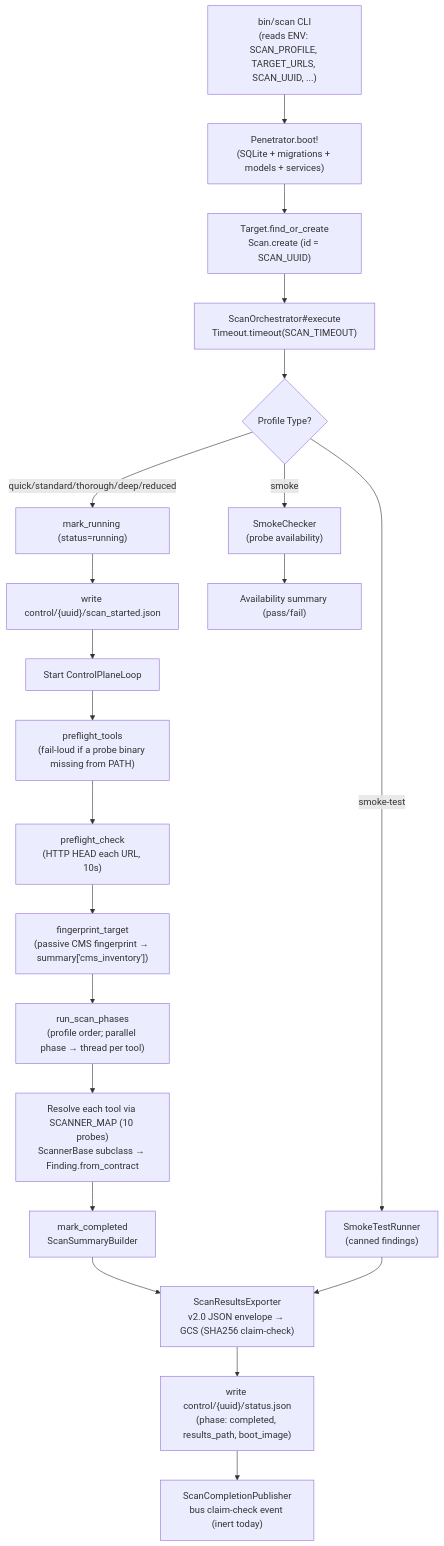
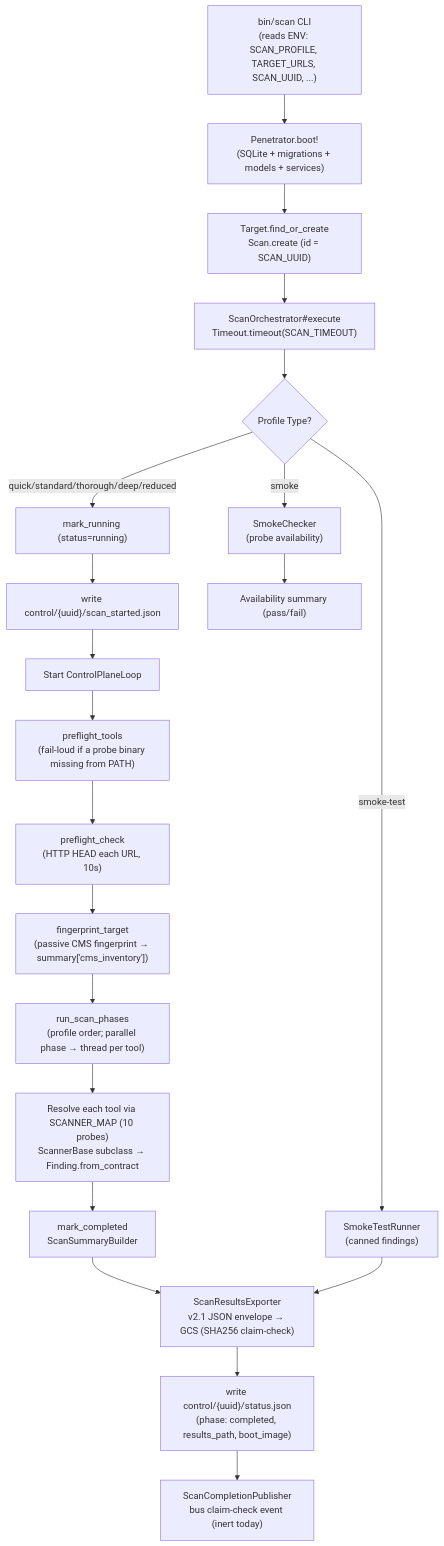
Before and after one commit to Peregrine-Technology-Systems/peregrine-penetrator-scanner: the third of 11 diagrams in docs/ARCHITECTURE.md, drawn with Mermaid. The commit also changed other lines of this file and 10 other files, not shown here.

````diff
--- a/docs/ARCHITECTURE.md
+++ b/docs/ARCHITECTURE.md
@@ -107,28 +107,28 @@
 ```mermaid
 flowchart TD
     A["bin/scan CLI<br/>(reads ENV: SCAN_PROFILE, TARGET_URLS, SCAN_UUID, ...)"] --> B["Penetrator.boot!<br/>(SQLite + migrations + models + services)"]
     B --> C["Target.find_or_create<br/>Scan.create (id = SCAN_UUID)"]
     C --> D["ScanOrchestrator#execute<br/>Timeout.timeout(SCAN_TIMEOUT)"]
 
     D --> E{Profile Type?}
     E -->|"smoke-test"| F["SmokeTestRunner<br/>(canned findings)"]
     E -->|"smoke"| G["SmokeChecker<br/>(probe availability)"]
     E -->|"quick/standard/thorough/deep/reduced"| H["mark_running (status=running)"]
 
     H --> H2["write control/{uuid}/scan_started.json"]
     H2 --> H4["Start ControlPlaneLoop"]
     H4 --> PT["preflight_tools<br/>(fail-loud if a probe binary missing from PATH)"]
     PT --> I["preflight_check<br/>(HTTP HEAD each URL, 10s)"]
     I --> FP["fingerprint_target<br/>(passive CMS fingerprint → summary['cms_inventory'])"]
     FP --> J["run_scan_phases<br/>(profile order; parallel phase → thread per tool)"]
 
     J --> SM["Resolve each tool via SCANNER_MAP (10 probes)<br/>ScannerBase subclass → Finding.from_contract"]
 
     SM --> P["mark_completed<br/>ScanSummaryBuilder"]
-    P --> Q["ScanResultsExporter<br/>v2.0 JSON envelope → GCS (SHA256 claim-check)"]
+    P --> Q["ScanResultsExporter<br/>v2.1 JSON envelope → GCS (SHA256 claim-check)"]
     Q --> ST["write control/{uuid}/status.json<br/>(phase: completed, results_path, boot_image)"]
     ST --> B2["ScanCompletionPublisher<br/>bus claim-check event (inert today)"]
 
     F --> Q
     G --> U["Availability summary (pass/fail)"]
 ```
````
